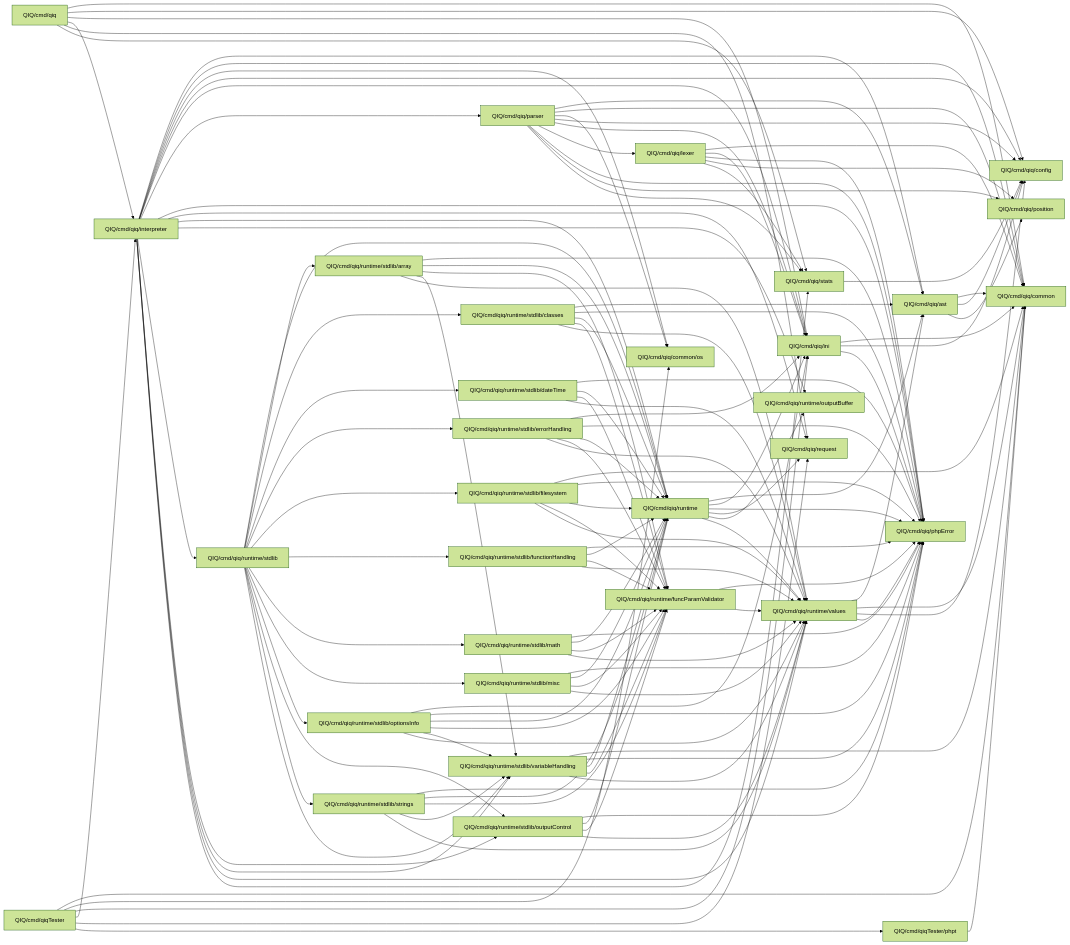
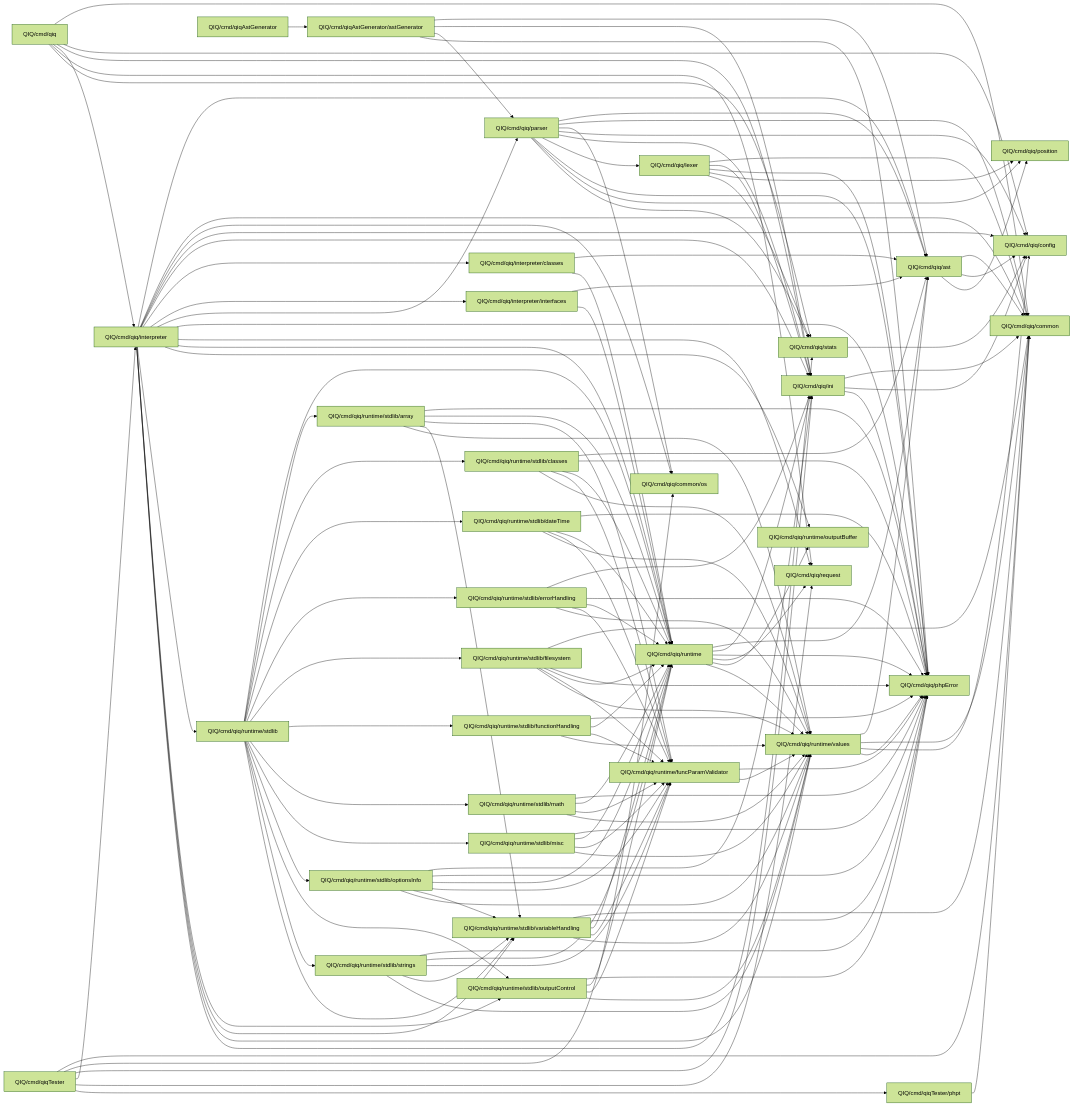
Before and after one commit to MasterZydra/QIQ: the diagram in doc/Packages.md, drawn with Mermaid (forest theme). The commit also changed 4 other files, not shown here.

First line of the commit message:
Interpreter: Added declaration for default interfaces

```diff
--- a/doc/Packages.md
+++ b/doc/Packages.md
@@ -22,6 +22,8 @@
     QIQ_cmd_qiq_interpreter[QIQ/cmd/qiq/interpreter] --> QIQ_cmd_qiq_common_os[QIQ/cmd/qiq/common/os]
     QIQ_cmd_qiq_interpreter[QIQ/cmd/qiq/interpreter] --> QIQ_cmd_qiq_config[QIQ/cmd/qiq/config]
     QIQ_cmd_qiq_interpreter[QIQ/cmd/qiq/interpreter] --> QIQ_cmd_qiq_ini[QIQ/cmd/qiq/ini]
+    QIQ_cmd_qiq_interpreter[QIQ/cmd/qiq/interpreter] --> QIQ_cmd_qiq_interpreter_classes[QIQ/cmd/qiq/interpreter/classes]
+    QIQ_cmd_qiq_interpreter[QIQ/cmd/qiq/interpreter] --> QIQ_cmd_qiq_interpreter_interfaces[QIQ/cmd/qiq/interpreter/interfaces]
     QIQ_cmd_qiq_interpreter[QIQ/cmd/qiq/interpreter] --> QIQ_cmd_qiq_parser[QIQ/cmd/qiq/parser]
     QIQ_cmd_qiq_interpreter[QIQ/cmd/qiq/interpreter] --> QIQ_cmd_qiq_phpError[QIQ/cmd/qiq/phpError]
     QIQ_cmd_qiq_interpreter[QIQ/cmd/qiq/interpreter] --> QIQ_cmd_qiq_request[QIQ/cmd/qiq/request]
@@ -32,6 +34,12 @@
     QIQ_cmd_qiq_interpreter[QIQ/cmd/qiq/interpreter] --> QIQ_cmd_qiq_runtime_stdlib_variableHandling[QIQ/cmd/qiq/runtime/stdlib/variableHandling]
     QIQ_cmd_qiq_interpreter[QIQ/cmd/qiq/interpreter] --> QIQ_cmd_qiq_runtime_values[QIQ/cmd/qiq/runtime/values]
     QIQ_cmd_qiq_interpreter[QIQ/cmd/qiq/interpreter] --> QIQ_cmd_qiq_stats[QIQ/cmd/qiq/stats]
+
+    QIQ_cmd_qiq_interpreter_classes[QIQ/cmd/qiq/interpreter/classes] --> QIQ_cmd_qiq_ast[QIQ/cmd/qiq/ast]
+    QIQ_cmd_qiq_interpreter_classes[QIQ/cmd/qiq/interpreter/classes] --> QIQ_cmd_qiq_runtime[QIQ/cmd/qiq/runtime]
+
+    QIQ_cmd_qiq_interpreter_interfaces[QIQ/cmd/qiq/interpreter/interfaces] --> QIQ_cmd_qiq_ast[QIQ/cmd/qiq/ast]
+    QIQ_cmd_qiq_interpreter_interfaces[QIQ/cmd/qiq/interpreter/interfaces] --> QIQ_cmd_qiq_runtime[QIQ/cmd/qiq/runtime]
 
     QIQ_cmd_qiq_lexer[QIQ/cmd/qiq/lexer] --> QIQ_cmd_qiq_common[QIQ/cmd/qiq/common]
     QIQ_cmd_qiq_lexer[QIQ/cmd/qiq/lexer] --> QIQ_cmd_qiq_ini[QIQ/cmd/qiq/ini]
@@ -148,6 +156,13 @@
 
     QIQ_cmd_qiq_stats[QIQ/cmd/qiq/stats] --> QIQ_cmd_qiq_config[QIQ/cmd/qiq/config]
 
+    QIQ_cmd_qiqAstGenerator[QIQ/cmd/qiqAstGenerator] --> QIQ_cmd_qiqAstGenerator_astGenerator[QIQ/cmd/qiqAstGenerator/astGenerator]
+
+    QIQ_cmd_qiqAstGenerator_astGenerator[QIQ/cmd/qiqAstGenerator/astGenerator] --> QIQ_cmd_qiq_ast[QIQ/cmd/qiq/ast]
+    QIQ_cmd_qiqAstGenerator_astGenerator[QIQ/cmd/qiqAstGenerator/astGenerator] --> QIQ_cmd_qiq_ini[QIQ/cmd/qiq/ini]
+    QIQ_cmd_qiqAstGenerator_astGenerator[QIQ/cmd/qiqAstGenerator/astGenerator] --> QIQ_cmd_qiq_parser[QIQ/cmd/qiq/parser]
+    QIQ_cmd_qiqAstGenerator_astGenerator[QIQ/cmd/qiqAstGenerator/astGenerator] --> QIQ_cmd_qiq_phpError[QIQ/cmd/qiq/phpError]
+
     QIQ_cmd_qiqTester[QIQ/cmd/qiqTester] --> QIQ_cmd_qiq_common[QIQ/cmd/qiq/common]
     QIQ_cmd_qiqTester[QIQ/cmd/qiqTester] --> QIQ_cmd_qiq_common_os[QIQ/cmd/qiq/common/os]
     QIQ_cmd_qiqTester[QIQ/cmd/qiqTester] --> QIQ_cmd_qiq_ini[QIQ/cmd/qiq/ini]
```
